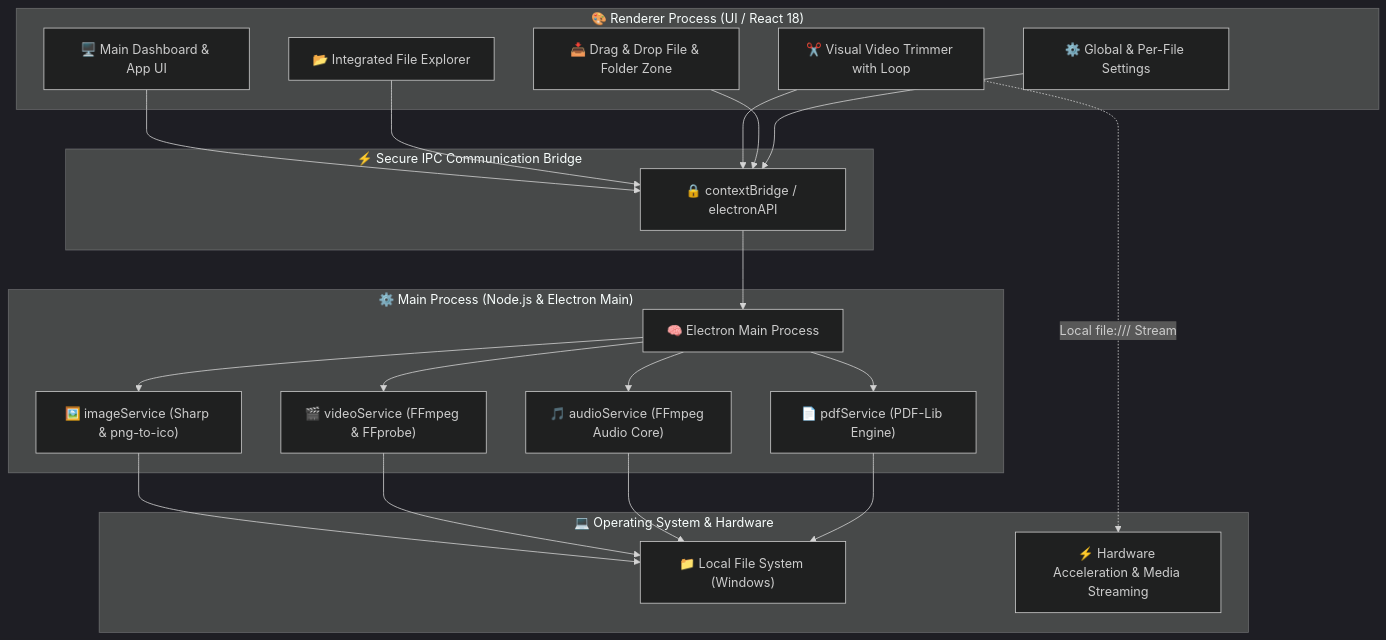
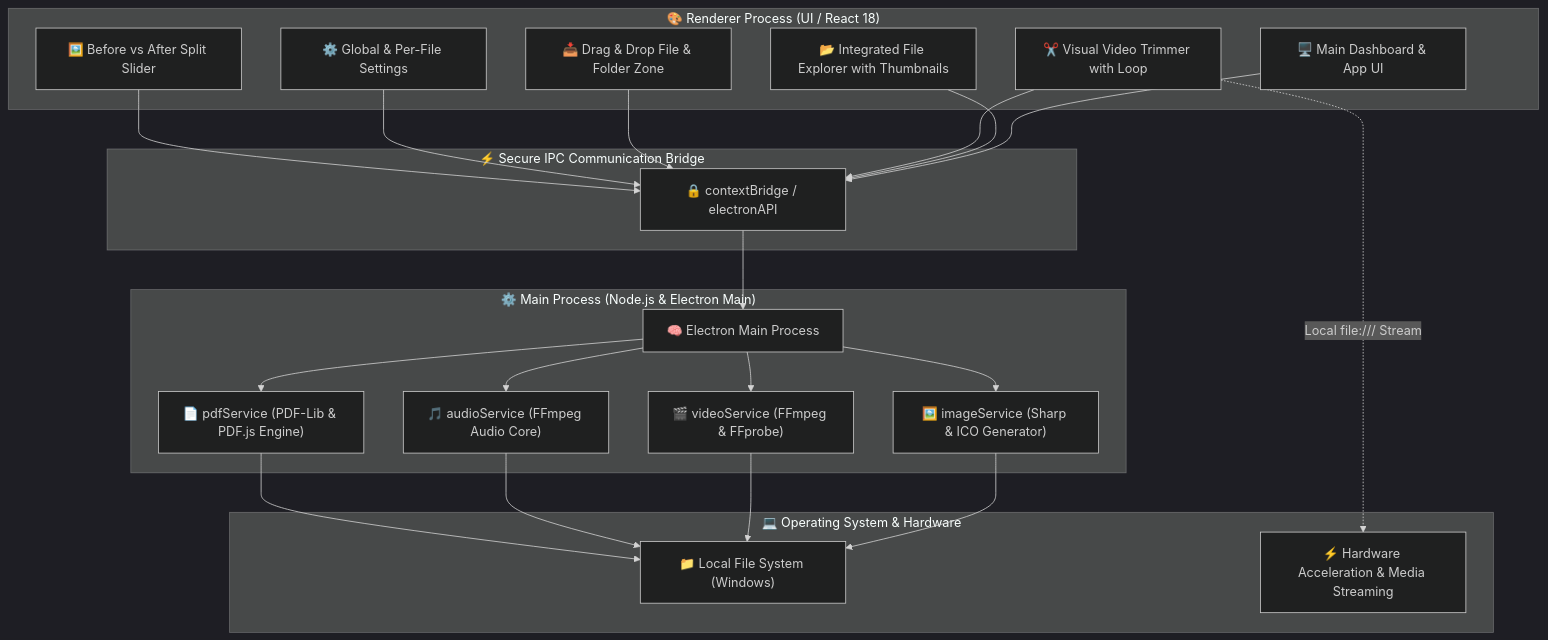
Before and after one commit to gui-bus/MediaMorph: the diagram in README.en.md, drawn with Mermaid (dark theme). The commit also changed other lines of this file and 1 other file, not shown here.

Commit message:
docs: update READMEs with comprehensive catalogue of all features and PDF page extraction

````diff
--- a/README.en.md
+++ b/README.en.md
@@ -89,46 +126,48 @@
 ```mermaid
 graph TB
     subgraph Frontend ["🎨 Renderer Process (UI / React 18)"]
         UI["🖥️ Main Dashboard & App UI"]
-        Explorer["📂 Integrated File Explorer"]
+        Explorer["📂 Integrated File Explorer with Thumbnails"]
         Trimmer["✂️ Visual Video Trimmer with Loop"]
         Dropzone["📥 Drag & Drop File & Folder Zone"]
         Settings["⚙️ Global & Per-File Settings"]
+        Comparator["🖼️ Before vs After Split Slider"]
     end
 
     subgraph IPC ["⚡ Secure IPC Communication Bridge"]
         Bridge["🔒 contextBridge / electronAPI"]
     end
 
     subgraph Backend ["⚙️ Main Process (Node.js & Electron Main)"]
         Main["🧠 Electron Main Process"]
-        ImgService["🖼️ imageService (Sharp & png-to-ico)"]
+        ImgService["🖼️ imageService (Sharp & ICO Generator)"]
         VidService["🎬 videoService (FFmpeg & FFprobe)"]
         AudService["🎵 audioService (FFmpeg Audio Core)"]
-        PdfService["📄 pdfService (PDF-Lib Engine)"]
+        PdfService["📄 pdfService (PDF-Lib & PDF.js Engine)"]
     end
 
     subgraph Native ["💻 Operating System & Hardware"]
         FS["📁 Local File System (Windows)"]
         HW["⚡ Hardware Acceleration & Media Streaming"]
     end
 
     UI --> Bridge
     Explorer --> Bridge
     Trimmer --> Bridge
     Dropzone --> Bridge
     Settings --> Bridge
+    Comparator --> Bridge
 
     Bridge --> Main
     Main --> ImgService
     Main --> VidService
     Main --> AudService
     Main --> PdfService
 
     ImgService --> FS
     VidService --> FS
     AudService --> FS
     PdfService --> FS
 
     Trimmer -.->|Local file:/// Stream| HW
 ```
````
